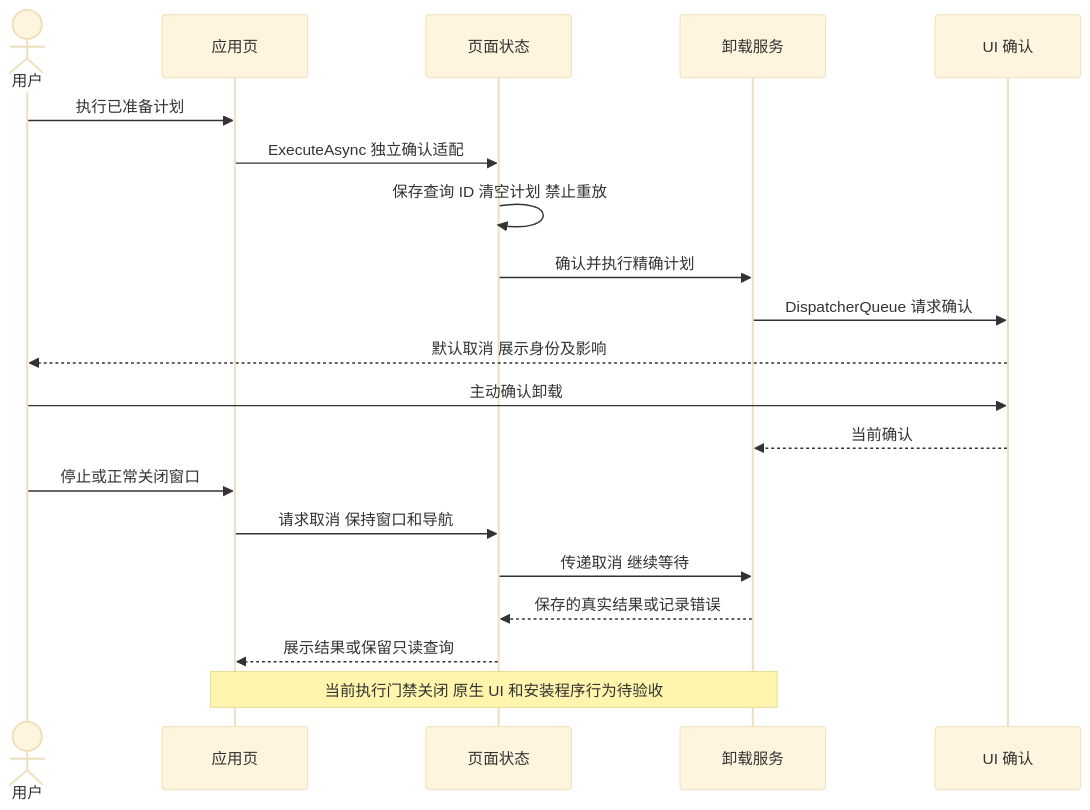
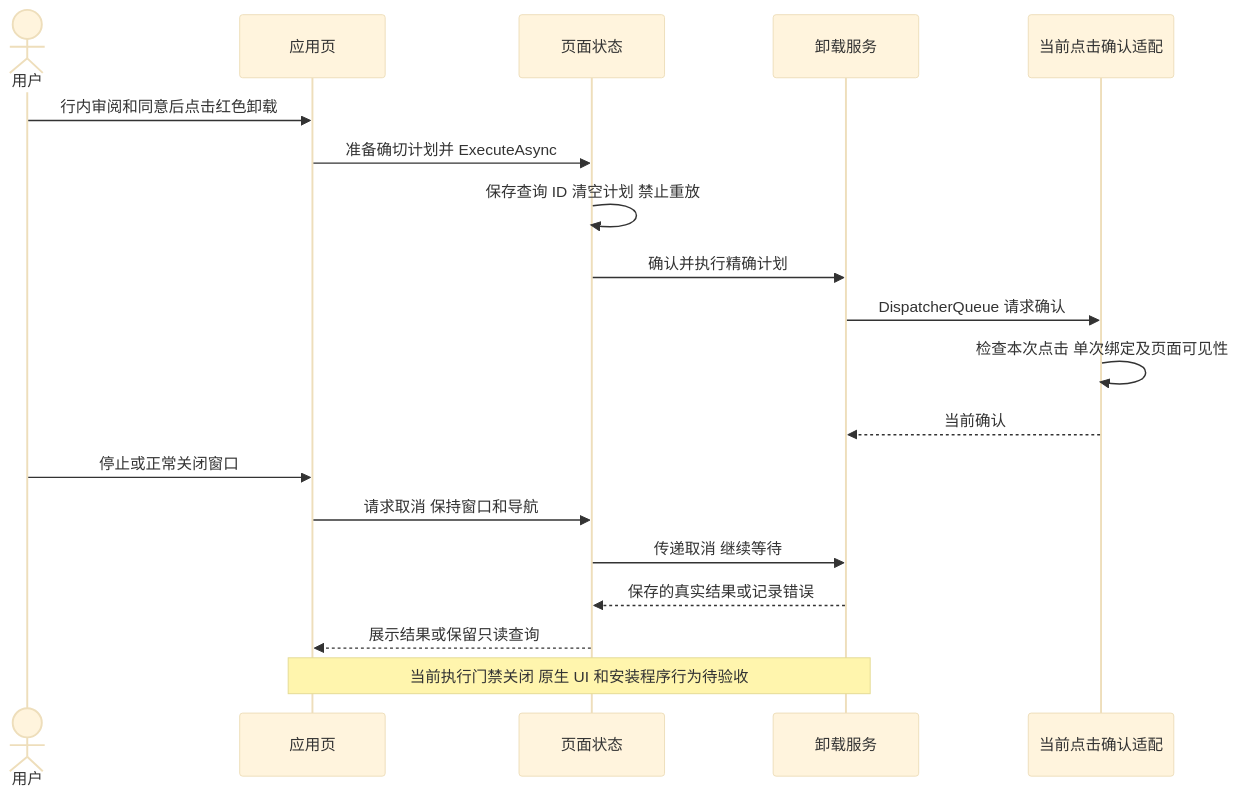
Before and after one commit to limecloud/shou: the seventh of 11 diagrams in docs/zh-CN/product/application-uninstall.md, drawn with Mermaid (base theme). The commit also changed other lines of this file and 270 other files, not shown here.

````diff
--- a/docs/zh-CN/product/application-uninstall.md
+++ b/docs/zh-CN/product/application-uninstall.md
@@ -204,22 +204,21 @@
 ```mermaid
 sequenceDiagram
   actor User as 用户
   participant Page as 应用页
   participant VM as 页面状态
   participant Service as 卸载服务
-  participant Dialog as UI 确认
-  User->>Page: 执行已准备计划
-  Page->>VM: ExecuteAsync 独立确认适配
+  participant Dialog as 当前点击确认适配
+  User->>Page: 行内审阅和同意后点击红色卸载
+  Page->>VM: 准备确切计划并 ExecuteAsync
   VM->>VM: 保存查询 ID 清空计划 禁止重放
   VM->>Service: 确认并执行精确计划
   Service->>Dialog: DispatcherQueue 请求确认
-  Dialog-->>User: 默认取消 展示身份及影响
-  User->>Dialog: 主动确认卸载
+  Dialog->>Dialog: 检查本次点击 单次绑定及页面可见性
   Dialog-->>Service: 当前确认
   User->>Page: 停止或正常关闭窗口
   Page->>VM: 请求取消 保持窗口和导航
   VM->>Service: 传递取消 继续等待
   Service-->>VM: 保存的真实结果或记录错误
   VM-->>Page: 展示结果或保留只读查询
   Note over Page,Service: 当前执行门禁关闭 原生 UI 和安装程序行为待验收
 ```
````
